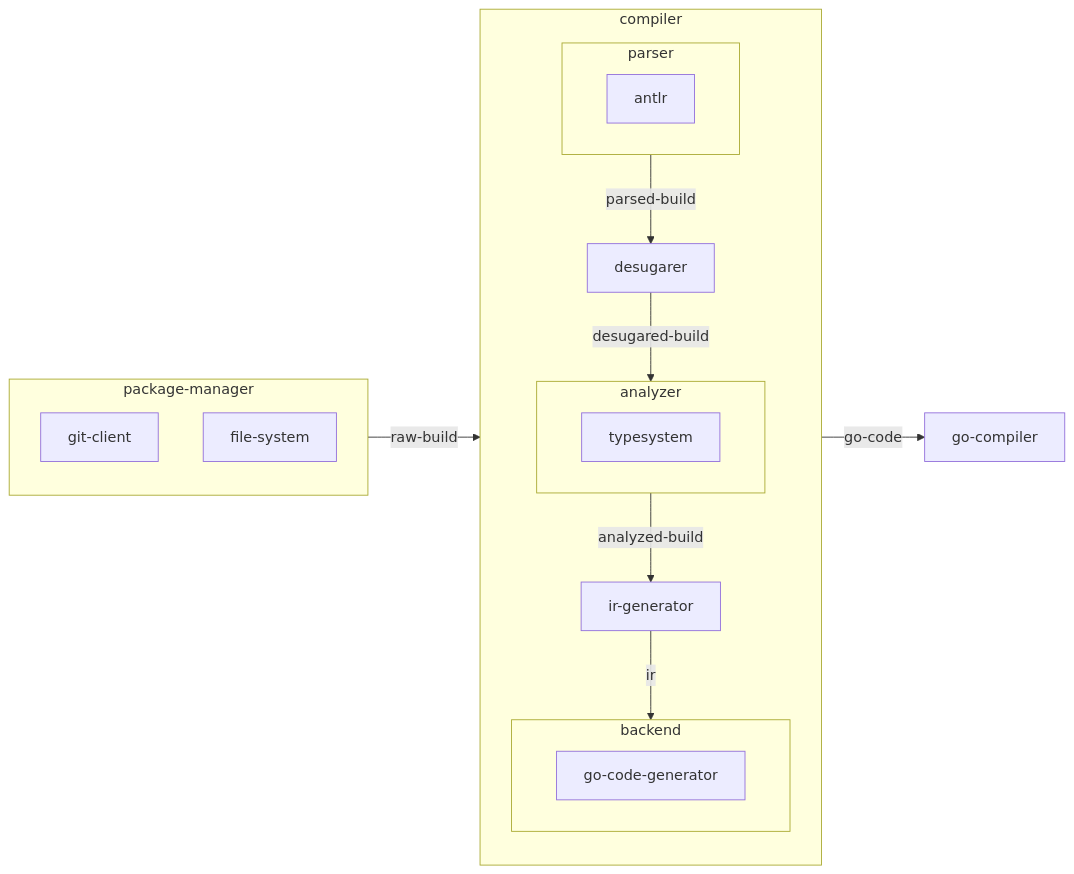
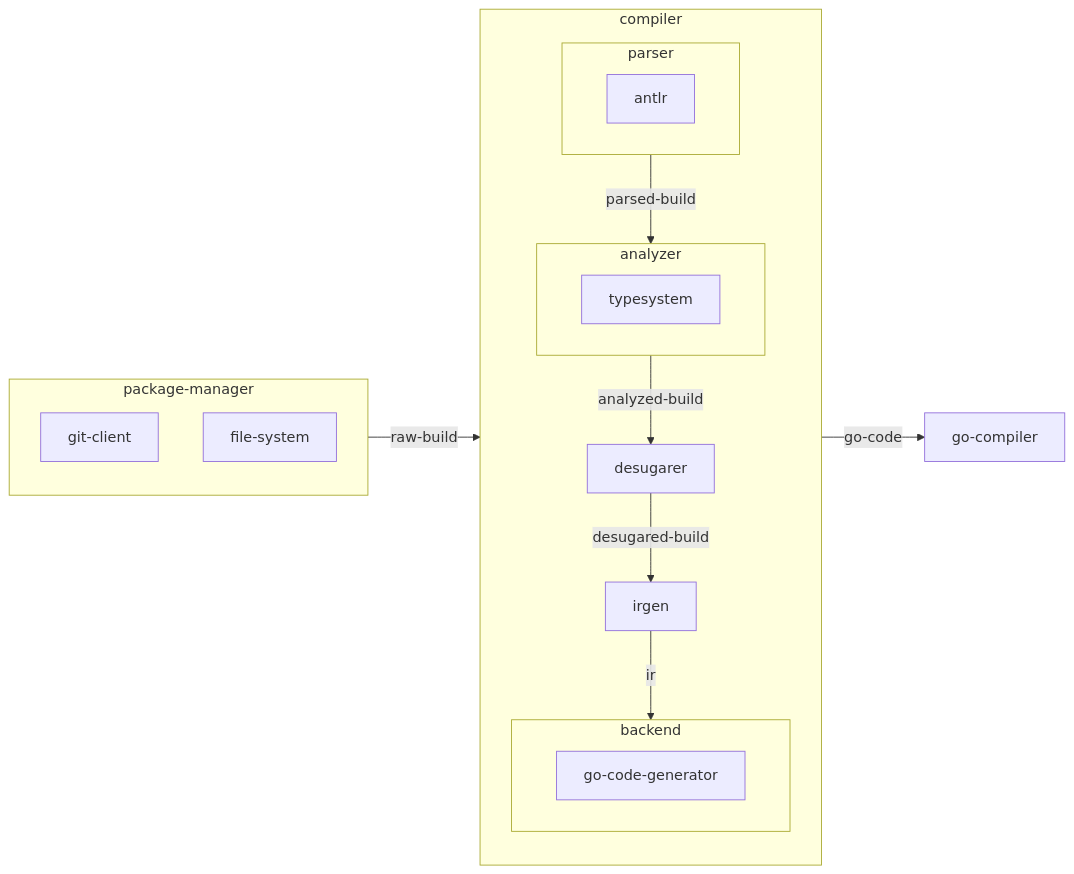
The first of 4 diagrams in ARCHITECTURE.md (nevalang/neva), drawn with Mermaid before and after one commit. The commit also changed 7 other files, not shown here.

````diff
--- a/ARCHITECTURE.md
+++ b/ARCHITECTURE.md
@@ -5,33 +5,33 @@
 ```mermaid
 flowchart LR
     package-manager -->|raw-build| compiler
 
     subgraph package-manager
         git-client
         file-system
     end
 
     subgraph compiler
         subgraph backend
             go-code-generator
         end
 
-        parser -->|parsed-build| desugarer
+        parser -->|parsed-build| analyzer
 
         subgraph parser
             antlr
         end
 
-        desugarer -->|desugared-build| analyzer
+        analyzer -->|analyzed-build| desugarer
 
         subgraph analyzer
             typesystem
         end
 
-        analyzer -->|analyzed-build| ir-generator
+        desugarer -->|desugared-build| irgen
 
-        ir-generator -->|ir| backend
+        irgen -->|ir| backend
     end
 
     compiler -->|go-code| go-compiler
 ```
````
